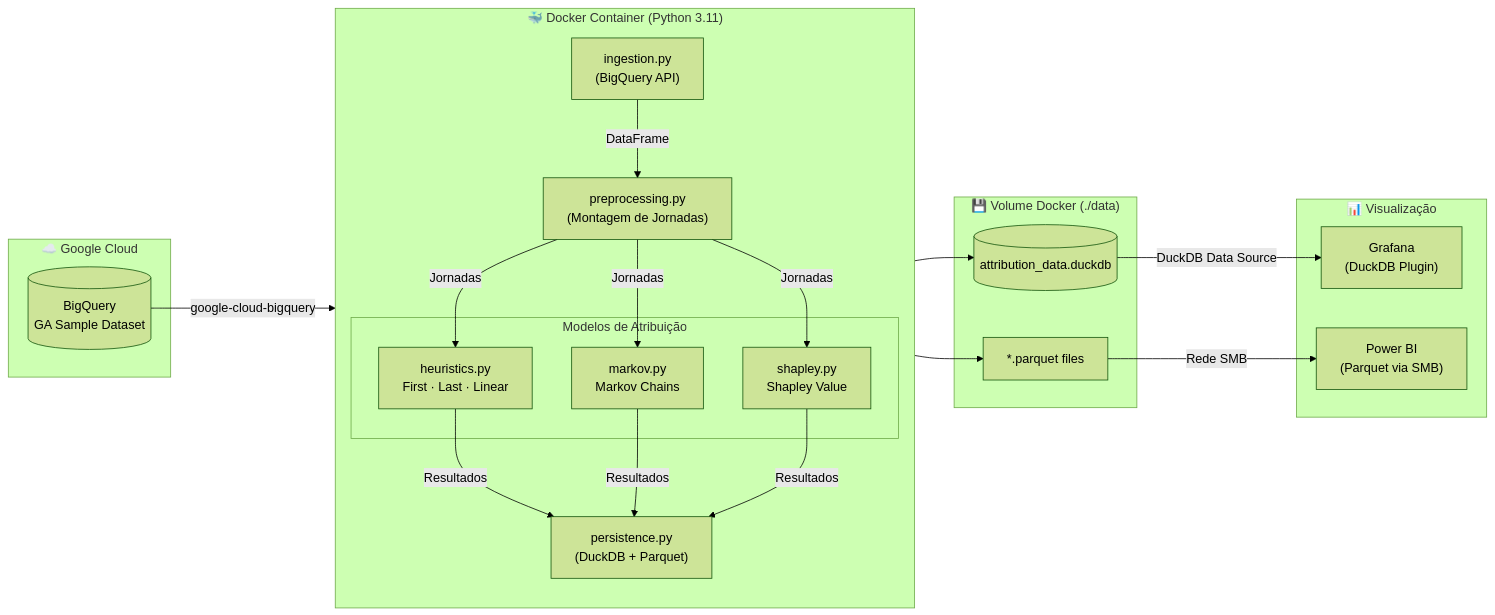
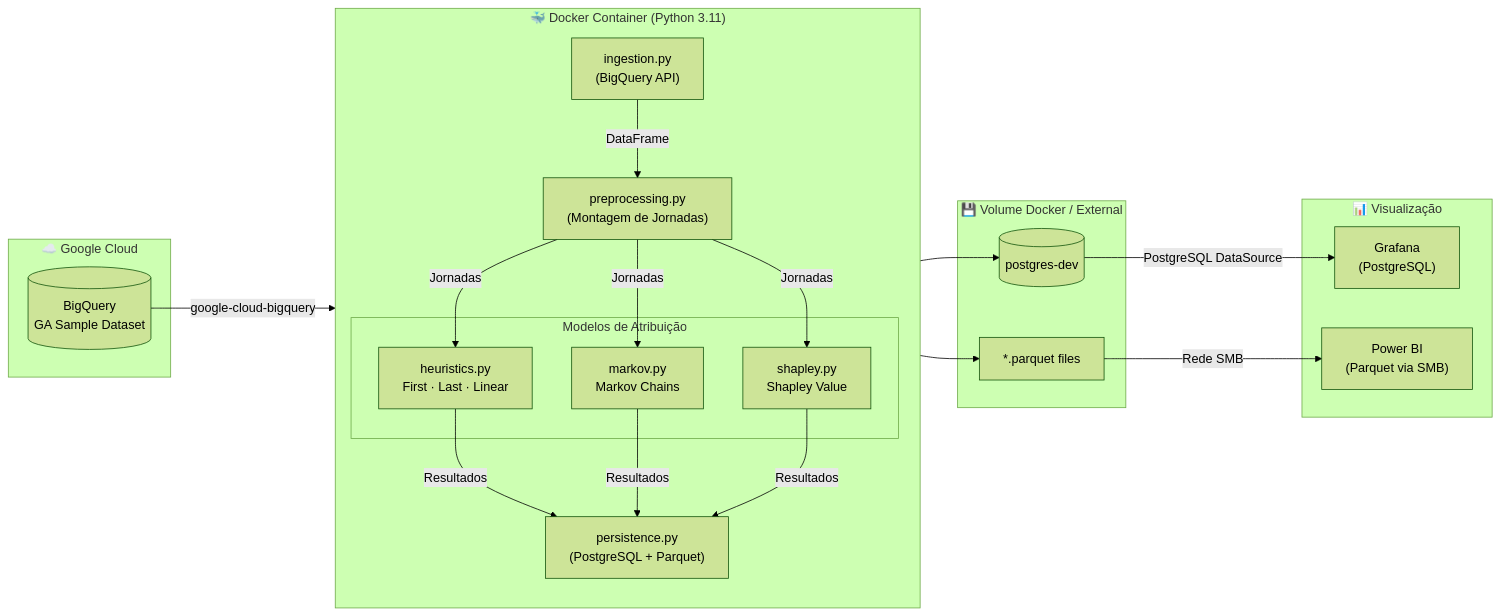
Before and after one commit to Anotther/marketing-attribution: the first of 3 diagrams in docs/PRD.md, drawn with Mermaid (forest theme). The commit also changed other lines of this file and 3 other files, not shown here.

Commit message:
docs: update documentation to reflect postgresql architecture

````diff
--- a/docs/PRD.md
+++ b/docs/PRD.md
@@ -72,38 +72,38 @@
 ```mermaid
 flowchart LR
     subgraph GCP["☁️ Google Cloud"]
         BQ[("BigQuery\nGA Sample Dataset")]
     end
 
     subgraph Container["🐳 Docker Container (Python 3.11)"]
         direction TB
         ING["ingestion.py\n(BigQuery API)"]
         PRE["preprocessing.py\n(Montagem de Jornadas)"]
         
         subgraph Models["Modelos de Atribuição"]
             H["heuristics.py\nFirst · Last · Linear"]
             MK["markov.py\nMarkov Chains"]
             SH["shapley.py\nShapley Value"]
         end
         
-        PER["persistence.py\n(DuckDB + Parquet)"]
+        PER["persistence.py\n(PostgreSQL + Parquet)"]
     end
 
-    subgraph Storage["💾 Volume Docker (./data)"]
-        DUCK[("attribution_data.duckdb")]
+    subgraph Storage["💾 Volume Docker / External"]
+        PG[("postgres-dev")]
         PQ["*.parquet files"]
     end
 
     subgraph Viz["📊 Visualização"]
-        GF["Grafana\n(DuckDB Plugin)"]
+        GF["Grafana\n(PostgreSQL)"]
         PBI["Power BI\n(Parquet via SMB)"]
     end
 
     BQ -->|"google-cloud-bigquery"| ING
     ING -->|"DataFrame"| PRE
     PRE -->|"Jornadas"| H & MK & SH
     H & MK & SH -->|"Resultados"| PER
-    PER --> DUCK & PQ
-    DUCK -->|"DuckDB Data Source"| GF
+    PER --> PG & PQ
+    PG -->|"PostgreSQL DataSource"| GF
     PQ -->|"Rede SMB"| PBI
 ```
````
